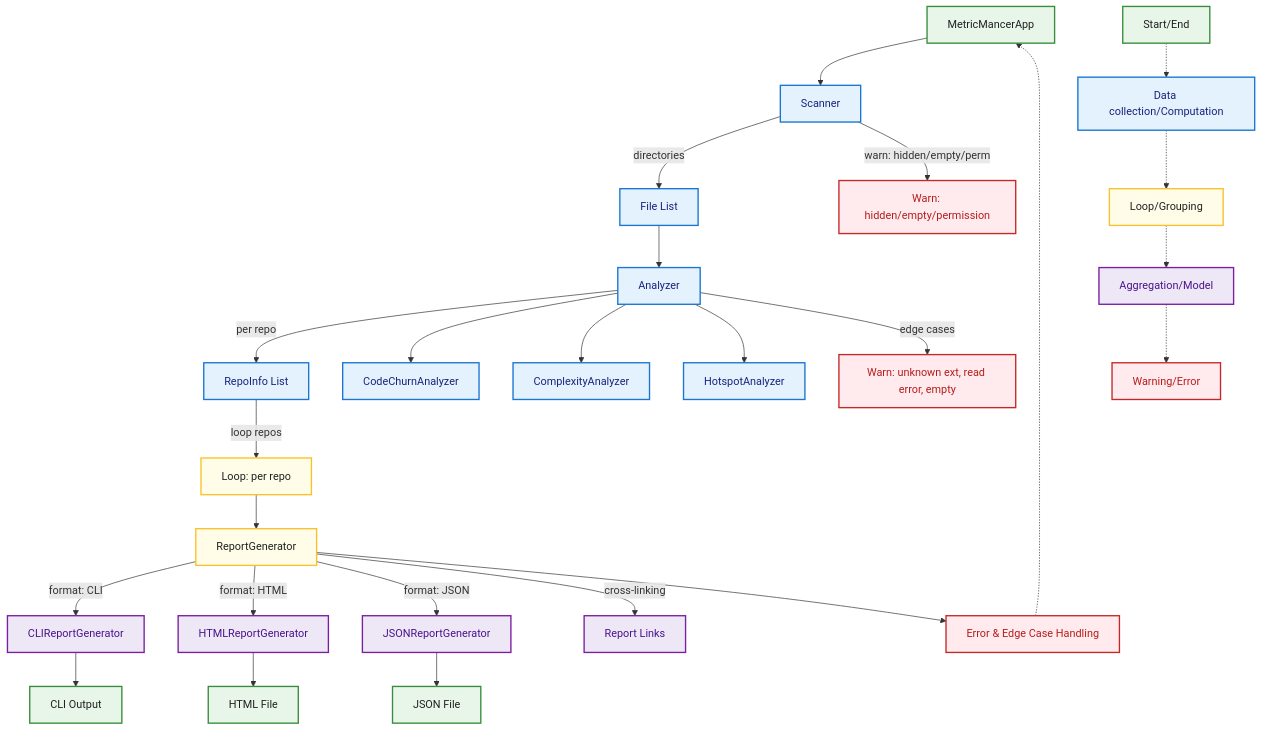
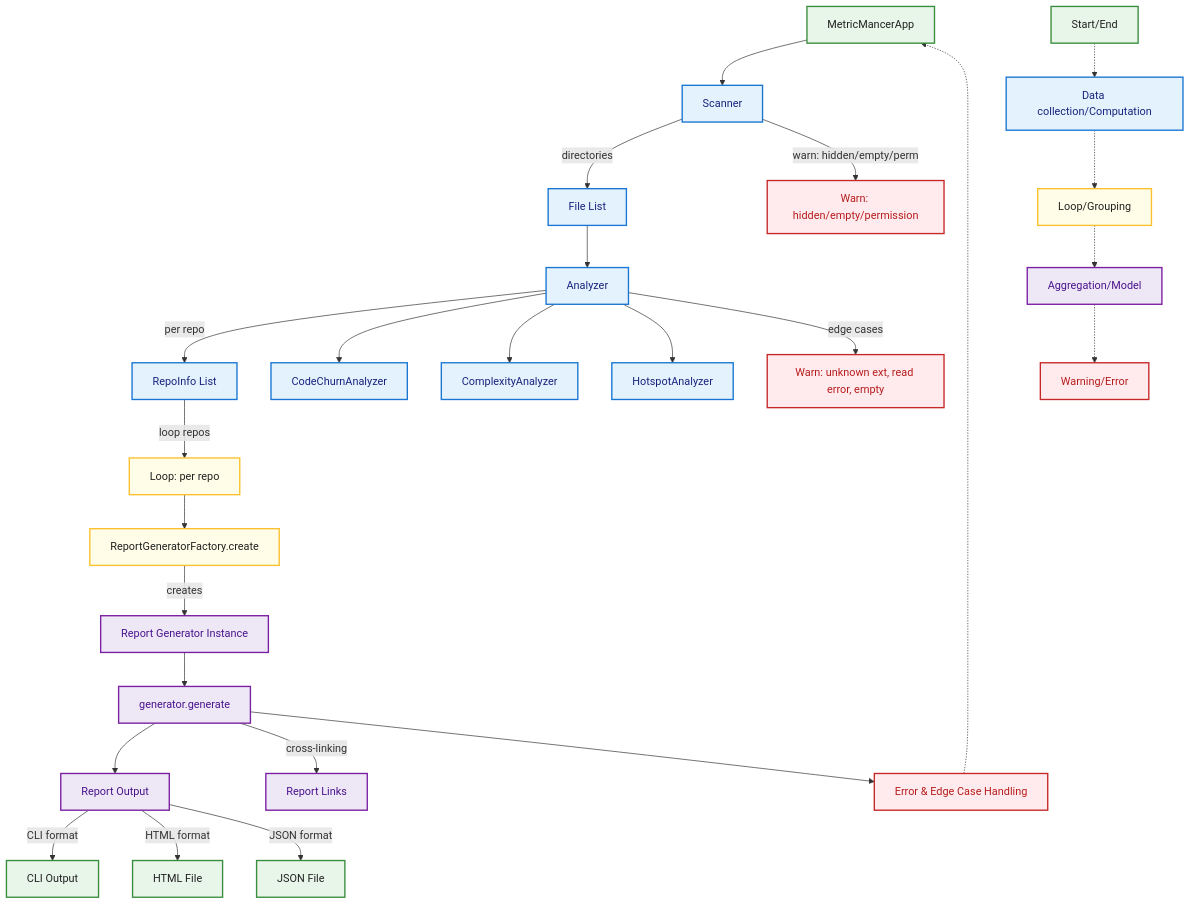
One commit to CmdrPrompt/MetricMancer changed the first of 11 diagrams in SoftwareSpecificationAndDesign.md. Above: the diagram before and after it, drawn with Mermaid. The commit also changed other lines of this file and 30 other files, not shown here.

````diff
--- a/SoftwareSpecificationAndDesign.md
+++ b/SoftwareSpecificationAndDesign.md
@@ -195,55 +268,55 @@
 ```mermaid
 flowchart TD
     App[MetricMancerApp]
     App --> Scanner[Scanner]
     Scanner -->|"directories"| Files[File List]
     Files --> Analyzer[Analyzer]
     Analyzer -->|"per repo"| RepoInfos[RepoInfo List]
     Analyzer --> CodeChurn[CodeChurnAnalyzer]
     Analyzer --> Complexity[ComplexityAnalyzer]
     Analyzer --> Hotspot[HotspotAnalyzer]
     Analyzer -->|"edge cases"| AnalyzerWarn[Warn: unknown ext, read error, empty]
     RepoInfos -->|"loop repos"| ReportGenLoop[Loop: per repo]
-    ReportGenLoop --> ReportGenerator[ReportGenerator]
-    ReportGenerator -->|"format: CLI"| CLIReport[CLIReportGenerator]
-    ReportGenerator -->|"format: HTML"| HTMLReport[HTMLReportGenerator]
-    ReportGenerator -->|"format: JSON"| JSONReport[JSONReportGenerator]
-    CLIReport --> CLIOutput[CLI Output]
-    HTMLReport --> HTMLOutput[HTML File]
-    JSONReport --> JSONOutput[JSON File]
-    ReportGenerator -->|"cross-linking"| CrossLinks[Report Links]
-    ReportGenerator --> ErrorHandling[Error & Edge Case Handling]
+    ReportGenLoop --> Factory[ReportGeneratorFactory.create]
+    Factory -->|"creates"| GeneratorInstance[Report Generator Instance]
+    GeneratorInstance --> Generate[generator.generate]
+    Generate --> Output[Report Output]
+    Output -->|"CLI format"| CLIOutput[CLI Output]
+    Output -->|"HTML format"| HTMLOutput[HTML File]
+    Output -->|"JSON format"| JSONOutput[JSON File]
+    Generate -->|"cross-linking"| CrossLinks[Report Links]
+    Generate --> ErrorHandling[Error & Edge Case Handling]
     ErrorHandling -.-> App
     Scanner -->|"warn: hidden/empty/perm"| ScannerWarn[Warn: hidden/empty/permission]
 
     %% Legend
     LegendStart[Start/End]:::start
     LegendCalc[Data collection/Computation]:::calc
     LegendLoop[Loop/Grouping]:::loop
     LegendAgg[Aggregation/Model]:::agg
     LegendWarn[Warning/Error]:::warn
 
     LegendStart -.-> LegendCalc
     LegendCalc -.-> LegendLoop
     LegendLoop -.-> LegendAgg
     LegendAgg -.-> LegendWarn
 
     classDef start fill:#e8f5e9,stroke:#388e3c,stroke-width:2px,color:#212121;
     classDef calc fill:#e3f2fd,stroke:#1976d2,stroke-width:2px,color:#1a237e;
     classDef loop fill:#fffde7,stroke:#fbc02d,stroke-width:2px,color:#212121;
     classDef agg fill:#ede7f6,stroke:#7b1fa2,stroke-width:2px,color:#4a148c;
     classDef warn fill:#ffebee,stroke:#c62828,stroke-width:2px,color:#b71c1c;
 
     class LegendStart start;
     class LegendCalc calc;
     class LegendLoop loop;
     class LegendAgg agg;
     class LegendWarn warn;
 
     %% Main node color coding
     class App,CLIOutput,HTMLOutput,JSONOutput start;
     class Scanner,Files,Analyzer,RepoInfos,CodeChurn,Complexity,Hotspot calc;
-    class ReportGenLoop,ReportGenerator loop;
-    class CLIReport,HTMLReport,JSONReport,CrossLinks agg;
+    class ReportGenLoop,Factory loop;
+    class GeneratorInstance,Generate,Output,CrossLinks agg;
     class AnalyzerWarn,ScannerWarn,ErrorHandling warn;
 ```
````
